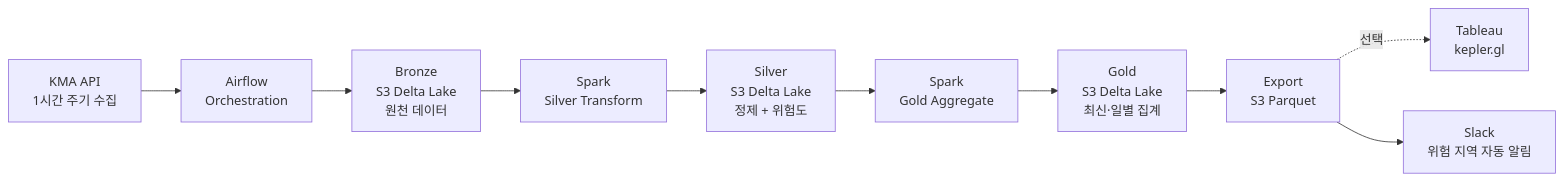
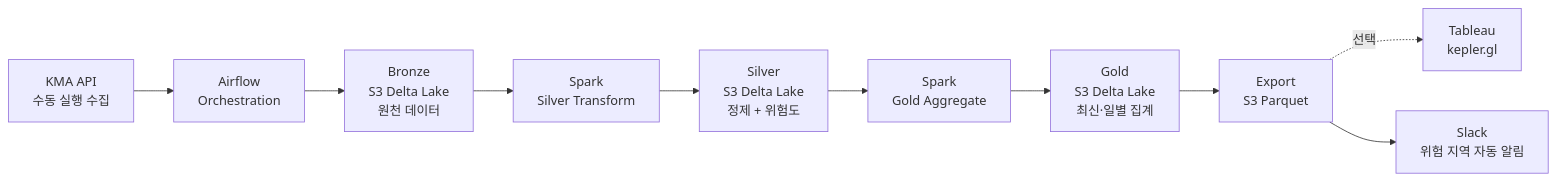
One commit to HongJunseong/weather-risk-assessment changed the diagram in README.md. Above: the diagram before and after it, drawn with Mermaid. The commit also changed other lines of this file and 50 other files, not shown here.

````diff
--- a/README.md
+++ b/README.md
@@ -68,12 +75,12 @@
 ```mermaid
 flowchart LR
-  A["KMA API<br>1시간 주기 수집"] --> B["Airflow<br>Orchestration"]
+  A["KMA API<br>수동 실행 수집"] --> B["Airflow<br>Orchestration"]
   B --> C["Bronze<br>S3 Delta Lake<br>원천 데이터"]
   C --> D["Spark<br>Silver Transform"]
   D --> E["Silver<br>S3 Delta Lake<br>정제 + 위험도"]
   E --> F["Spark<br>Gold Aggregate"]
   F --> G["Gold<br>S3 Delta Lake<br>최신·일별 집계"]
   G --> H["Export<br>S3 Parquet"]
   H -.->|선택| V["Tableau<br>kepler.gl"]
   H --> S["Slack<br>위험 지역 자동 알림"]
 ```
````
